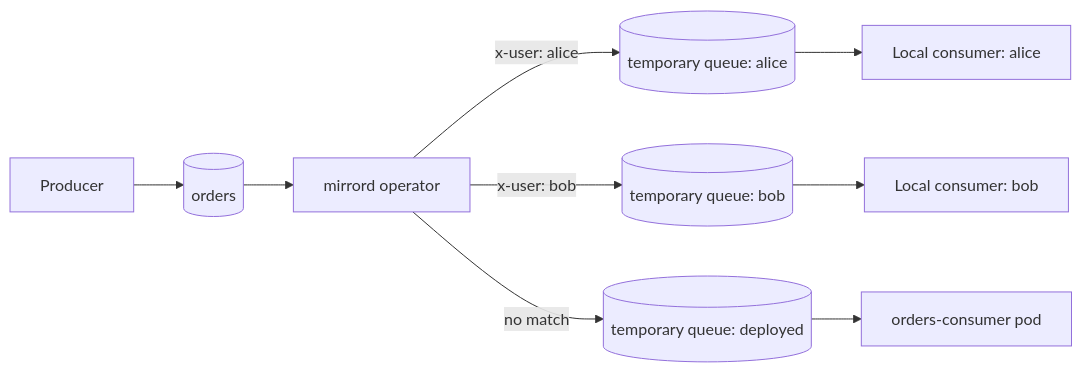
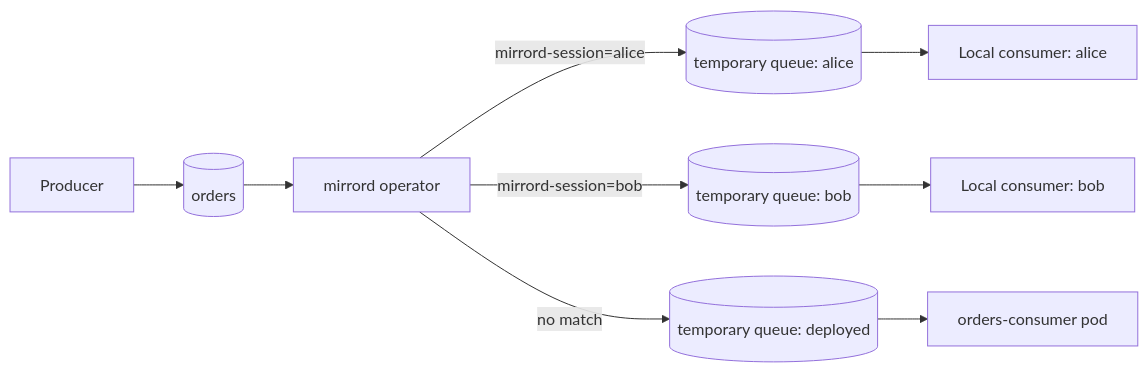
One commit to metalbear-co/docs changed the diagram in docs/tutorials/queues/how-to-test-rabbitmq-consumers.md. Above: the diagram before and after it, drawn with Mermaid. The commit also changed other lines of this file and 7 other files, not shown here.

First line of the commit message:
Use mirrord up in the queue and workflow tutorials

````diff
--- a/docs/tutorials/queues/how-to-test-rabbitmq-consumers.md
+++ b/docs/tutorials/queues/how-to-test-rabbitmq-consumers.md
@@ -517,11 +494,11 @@
 ```mermaid
 flowchart LR
     P[Producer] --> Q[(orders)]
     Q --> O[mirrord operator]
-    O -- "x-user: alice" --> QA[(temporary queue: alice)]
-    O -- "x-user: bob" --> QB[(temporary queue: bob)]
+    O -- "mirrord-session=alice" --> QA[(temporary queue: alice)]
+    O -- "mirrord-session=bob" --> QB[(temporary queue: bob)]
     O -- "no match" --> QD[(temporary queue: deployed)]
     QA --> LA[Local consumer: alice]
     QB --> LB[Local consumer: bob]
     QD --> D[orders-consumer pod]
 ```
````
